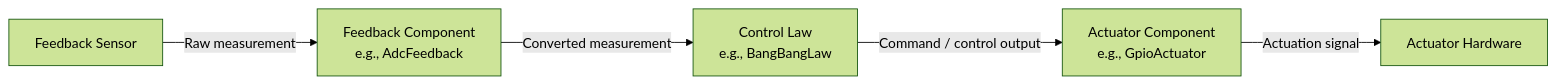
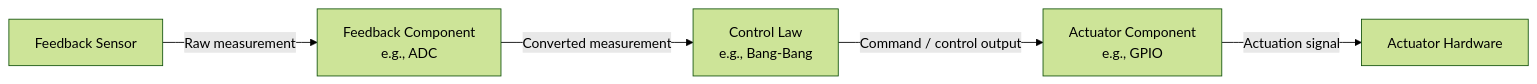
The diagram in content/posts/feedback-controller/index.md (sam-w-yellin/volatile-int-blog), drawn with Mermaid (forest theme) before and after one commit. The commit also changed other lines of this file and 25 other files, not shown here.

```diff
--- a/content/posts/feedback-controller/index.md
+++ b/content/posts/feedback-controller/index.md
@@ -88,13 +89,13 @@
 {{< mermaid >}}
 flowchart LR
   S[Feedback Sensor]
-  FB[Feedback Component<br/>e.g., AdcFeedback]
-  LAW[Control Law<br/>e.g., BangBangLaw]
-  ACT[Actuator Component<br/>e.g., GpioActuator]
+  FB[Feedback Component<br/>e.g., ADC]
+  LAW[Control Law<br/>e.g., Bang-Bang]
+  ACT[Actuator Component<br/>e.g., GPIO]
   AHW[Actuator Hardware]
 
   S -->|Raw measurement| FB
   FB -->|Converted measurement| LAW
   LAW -->|Command / control output| ACT
   ACT -->|Actuation signal| AHW
 {{< /mermaid >}}
```
